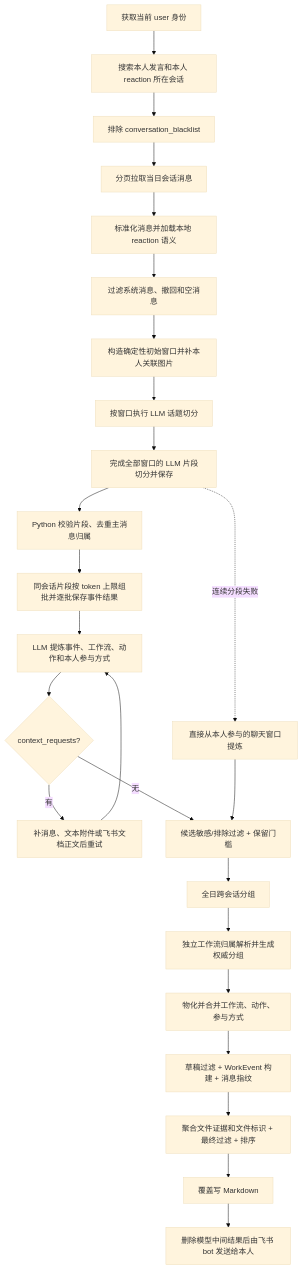
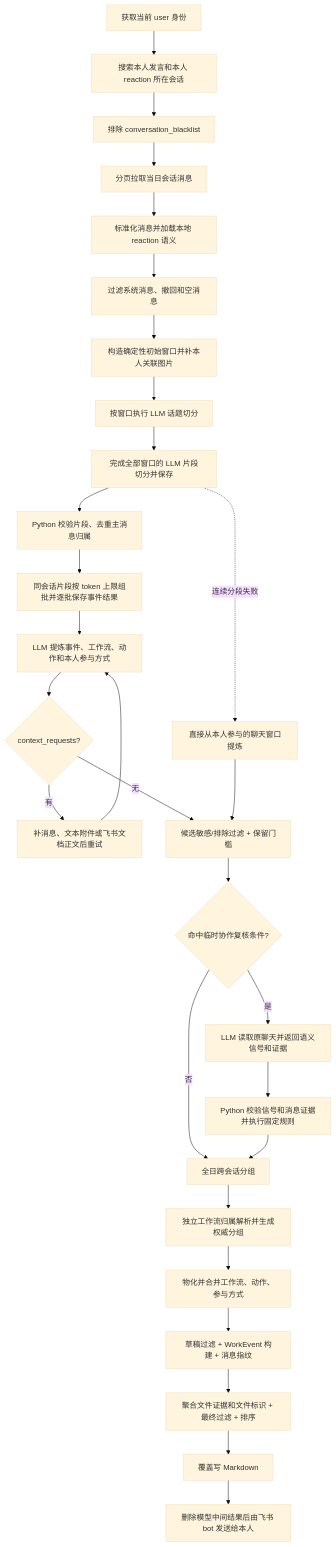
One commit to sunweisheng/WorkTrace changed the second of 3 diagrams in README.md. Above: the diagram before and after it, drawn with Mermaid (base theme). The commit also changed other lines of this file and 28 other files, not shown here.

````diff
--- a/README.md
+++ b/README.md
@@ -90,28 +91,32 @@
 ```mermaid
 flowchart TD
     A["获取当前 user 身份"] --> B["搜索本人发言和本人 reaction 所在会话"]
     B --> C["排除 conversation_blacklist"]
     C --> D["分页拉取当日会话消息"]
     D --> E["标准化消息并加载本地 reaction 语义"]
     E --> F["过滤系统消息、撤回和空消息"]
     F --> G["构造确定性初始窗口并补本人关联图片"]
     G --> H["按窗口执行 LLM 话题切分"]
     H --> I["完成全部窗口的 LLM 片段切分并保存"]
     I --> J["Python 校验片段、去重主消息归属"]
     J --> K["同会话片段按 token 上限组批并逐批保存事件结果"]
     K --> L["LLM 提炼事件、工作流、动作和本人参与方式"]
     L --> M{"context_requests?"}
     M -->|"有"| N["补消息、文本附件或飞书文档正文后重试"]
     N --> L
     M -->|"无"| O["候选敏感/排除过滤 + 保留门槛"]
-    O --> P["全日跨会话分组"]
+    O --> O1{"命中临时协作复核条件?"}
+    O1 -->|"是"| O2["LLM 读取原聊天并返回语义信号和证据"]
+    O2 --> O3["Python 校验信号和消息证据并执行固定规则"]
+    O1 -->|"否"| P["全日跨会话分组"]
+    O3 --> P
     P --> Q["独立工作流归属解析并生成权威分组"]
     Q --> R["物化并合并工作流、动作、参与方式"]
     R --> S["草稿过滤 + WorkEvent 构建 + 消息指纹"]
     S --> T["聚合文件证据和文件标识 + 最终过滤 + 排序"]
     T --> U["覆盖写 Markdown"]
     U --> V["删除模型中间结果后由飞书 bot 发送给本人"]
 
     I -. "连续分段失败" .-> W["直接从本人参与的聊天窗口提炼"]
     W --> O
 ```
````
